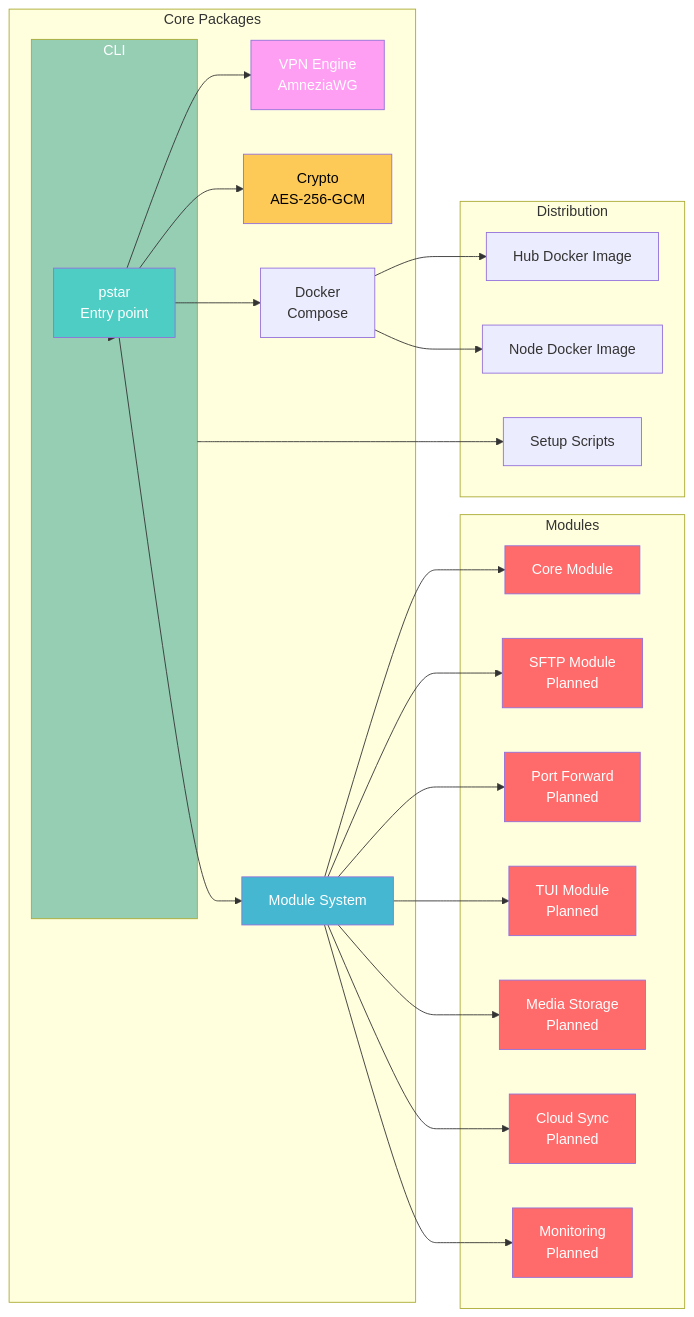
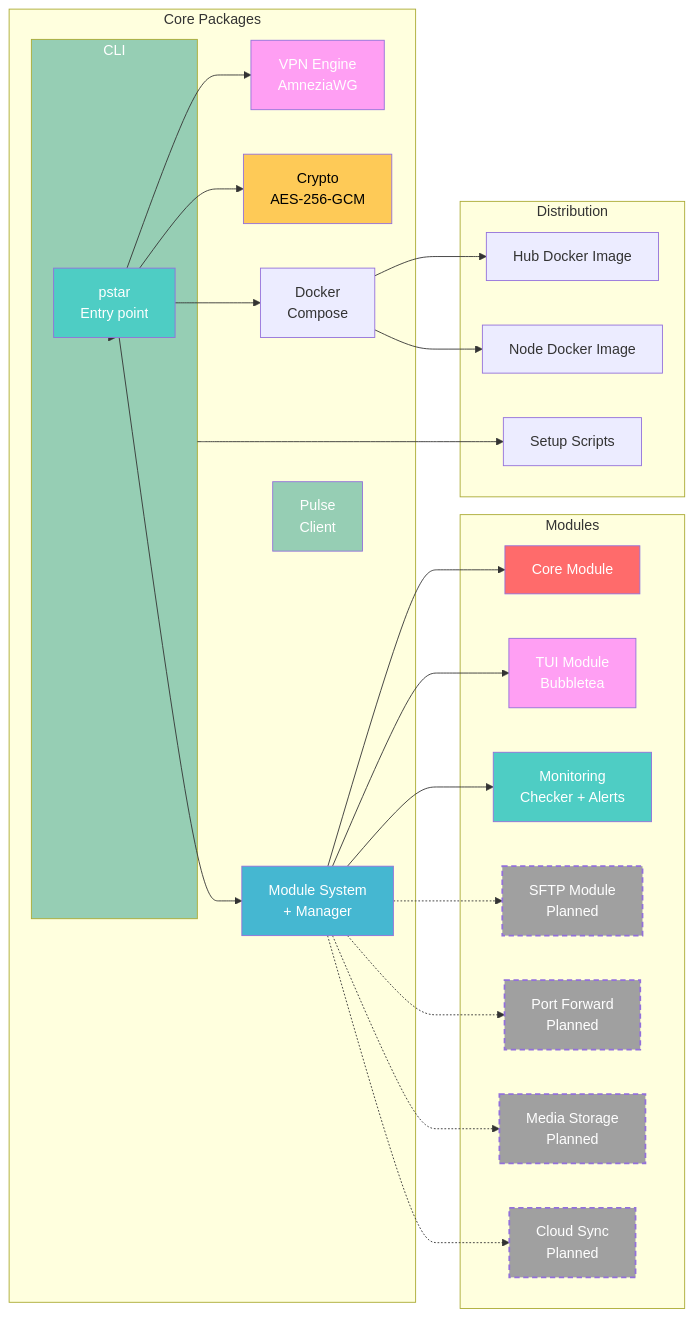
Before and after one commit to reneget/Pocket-Star: the second of 4 diagrams in README.md, drawn with Mermaid. The commit also changed other lines of this file and 1 other file, not shown here.

Commit message:
docs: update module diagrams and tables — TUI/Monitor/Pulse are done, planned modules get dashed borders

````diff
--- a/README.md
+++ b/README.md
@@ -82,59 +82,61 @@
 ```mermaid
 graph LR
     subgraph "CLI"
         PSTAR[pstar<br/>Entry point]
     end
     
     subgraph "Core Packages"
         CLI[CLI Commands]
         VPN[VPN Engine<br/>AmneziaWG]
         CRYPT[Crypto<br/>AES-256-GCM]
-        MOD[Module System]
+        MOD[Module System<br/>+ Manager]
         DOCK[Docker<br/>Compose]
+        PULSE[Pulse<br/>Client]
     end
     
     subgraph "Modules"
         CORE[Core Module]
-    SFTP[SFTP Module<br/>Planned]
-    FWD[Port Forward<br/>Planned]
-    TUI[TUI Module<br/>Planned]
-    MEDIA[Media Storage<br/>Planned]
-    CLOUD[Cloud Sync<br/>Planned]
-    MON[Monitoring<br/>Planned]
+        TUI[TUI Module<br/>Bubbletea]
+        MON[Monitoring<br/>Checker + Alerts]
+        SFTP[SFTP Module<br/>Planned]
+        FWD[Port Forward<br/>Planned]
+        MEDIA[Media Storage<br/>Planned]
+        CLOUD[Cloud Sync<br/>Planned]
     end
     
     subgraph "Distribution"
         HUB_IMG[Hub Docker Image]
         NODE_IMG[Node Docker Image]
         SCRIPTS[Setup Scripts]
     end
     
     PSTAR --> CLI
     PSTAR --> VPN
     PSTAR --> CRYPT
     PSTAR --> MOD
     PSTAR --> DOCK
     MOD --> CORE
-    MOD --> SFTP
-    MOD --> FWD
     MOD --> TUI
-    MOD --> MEDIA
-    MOD --> CLOUD
     MOD --> MON
+    MOD -.-> SFTP
+    MOD -.-> FWD
+    MOD -.-> MEDIA
+    MOD -.-> CLOUD
     DOCK --> HUB_IMG
     DOCK --> NODE_IMG
     CLI --> SCRIPTS
     
     style PSTAR fill:#4ecdc4,color:#fff
     style CLI fill:#96ceb4,color:#fff
     style VPN fill:#ff9ff3,color:#fff
     style CRYPT fill:#feca57,color:#000
     style MOD fill:#45b7d1,color:#fff
+    style PULSE fill:#96ceb4,color:#fff
     style CORE fill:#ff6b6b,color:#fff
-    style SFTP fill:#ff6b6b,color:#fff
-    style FWD fill:#ff6b6b,color:#fff
-    style TUI fill:#ff6b6b,color:#fff
-    style MEDIA fill:#ff6b6b,color:#fff
-    style CLOUD fill:#ff6b6b,color:#fff
-    style MON fill:#ff6b6b,color:#fff
+    style TUI fill:#ff9ff3,color:#fff
+    style MON fill:#4ecdc4,color:#fff
+    style SFTP fill:#a0a0a0,color:#fff,stroke-dasharray: 6 4,stroke-width:2px
+    style FWD fill:#a0a0a0,color:#fff,stroke-dasharray: 6 4,stroke-width:2px
+    style MEDIA fill:#a0a0a0,color:#fff,stroke-dasharray: 6 4,stroke-width:2px
+    style CLOUD fill:#a0a0a0,color:#fff,stroke-dasharray: 6 4,stroke-width:2px
 ```
````
